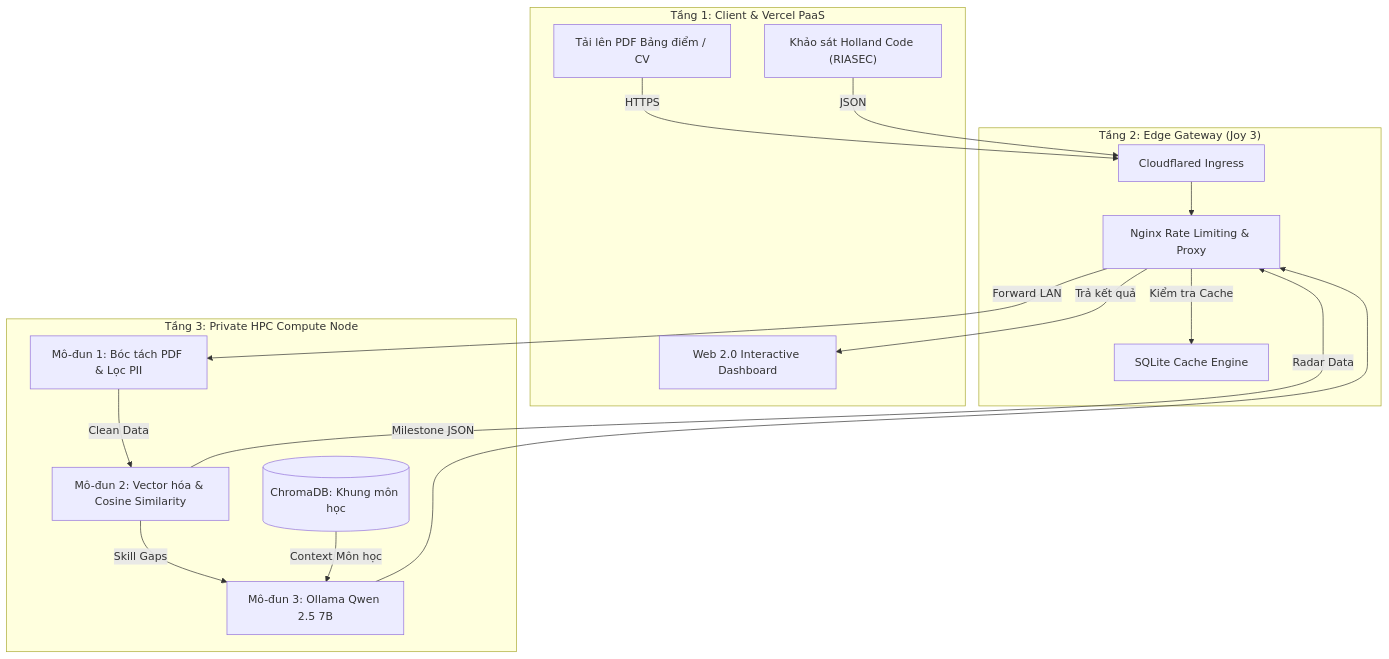
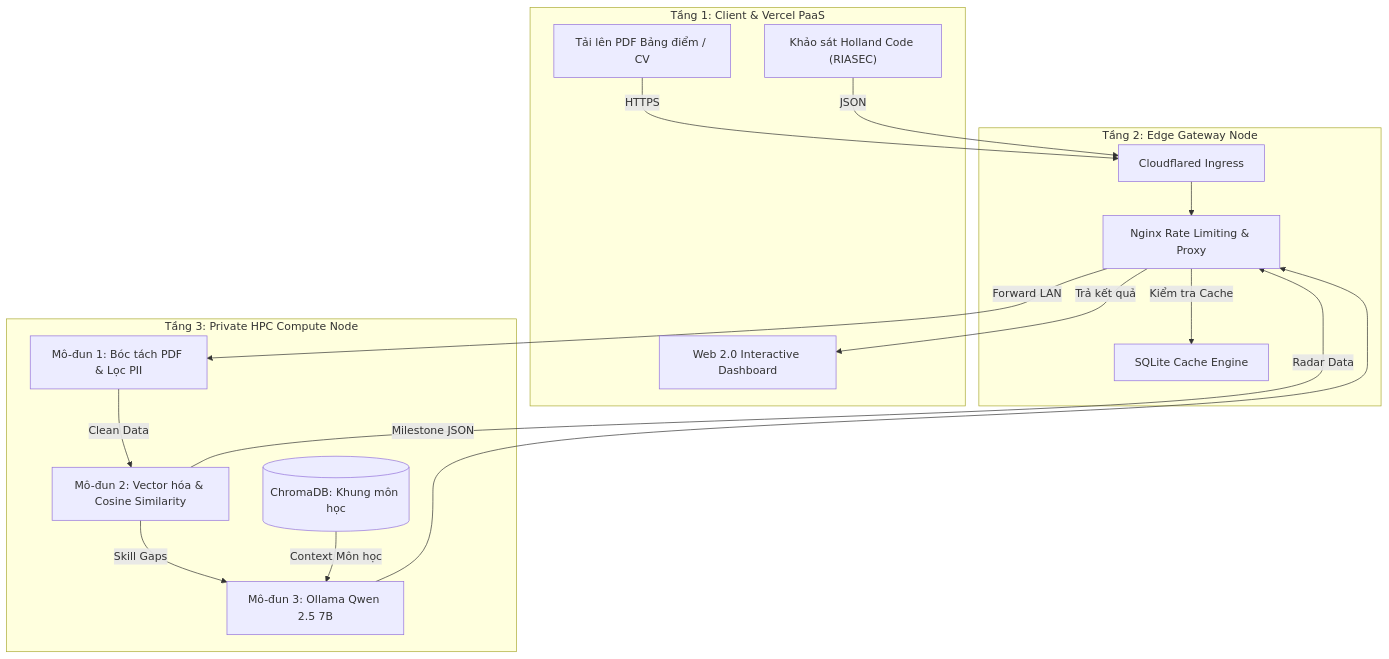
The diagram in docs/01-overview/PROJECT_ANALYSIS.md (MajorMatch-Labs/MajorMatch), drawn with Mermaid before and after one commit. The commit also changed other lines of this file and 15 other files, not shown here.

````diff
--- a/docs/01-overview/PROJECT_ANALYSIS.md
+++ b/docs/01-overview/PROJECT_ANALYSIS.md
@@ -139,33 +139,33 @@
 ```mermaid
 flowchart TD
     subgraph Client ["Tầng 1: Client & Vercel PaaS"]
         UI_Upload["Tải lên PDF Bảng điểm / CV"]
         UI_Survey["Khảo sát Holland Code (RIASEC)"]
         UI_Dashboard["Web 2.0 Interactive Dashboard"]
     end
 
-    subgraph EdgeGateway ["Tầng 2: Edge Gateway (Joy 3)"]
+    subgraph EdgeGateway ["Tầng 2: Edge Gateway Node"]
         CF_Tunnel["Cloudflared Ingress"]
         Nginx_Proxy["Nginx Rate Limiting & Proxy"]
         SQLite_Cache["SQLite Cache Engine"]
     end
 
     subgraph PrivateNode ["Tầng 3: Private HPC Compute Node"]
         PDF_Parser["Mô-đun 1: Bóc tách PDF & Lọc PII"]
         ML_Engine["Mô-đun 2: Vector hóa & Cosine Similarity"]
         Chroma_DB[("ChromaDB: Khung môn học")]
         RAG_LLM["Mô-đun 3: Ollama Qwen 2.5 7B"]
     end
 
     UI_Upload -->|HTTPS| CF_Tunnel
     UI_Survey -->|JSON| CF_Tunnel
     CF_Tunnel --> Nginx_Proxy
     Nginx_Proxy -->|Kiểm tra Cache| SQLite_Cache
     Nginx_Proxy -->|Forward LAN| PDF_Parser
     PDF_Parser -->|Clean Data| ML_Engine
     ML_Engine -->|Skill Gaps| RAG_LLM
     Chroma_DB -->|Context Môn học| RAG_LLM
     RAG_LLM -->|Milestone JSON| Nginx_Proxy
     ML_Engine -->|Radar Data| Nginx_Proxy
     Nginx_Proxy -->|Trả kết quả| UI_Dashboard
 ```
````
